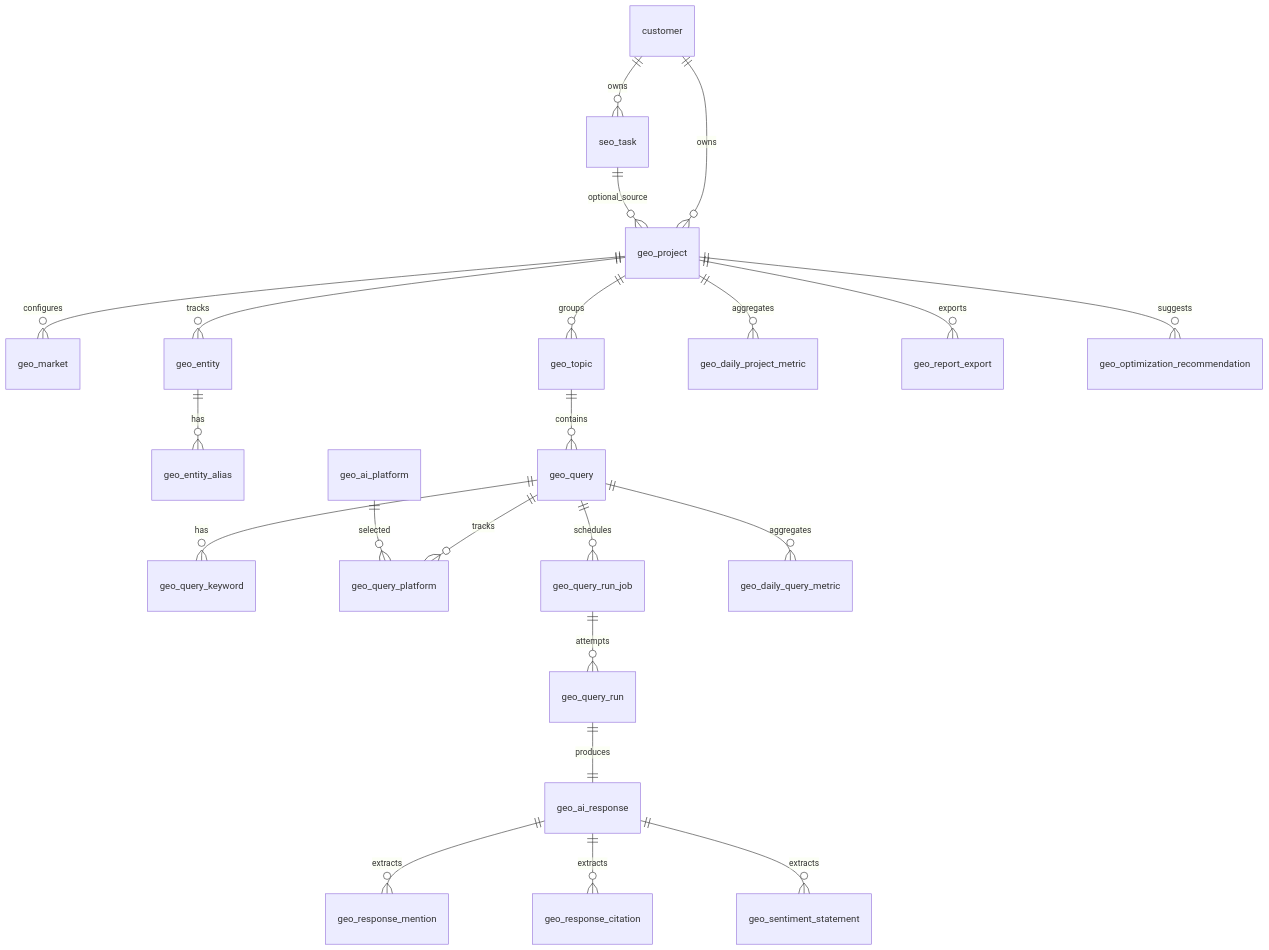
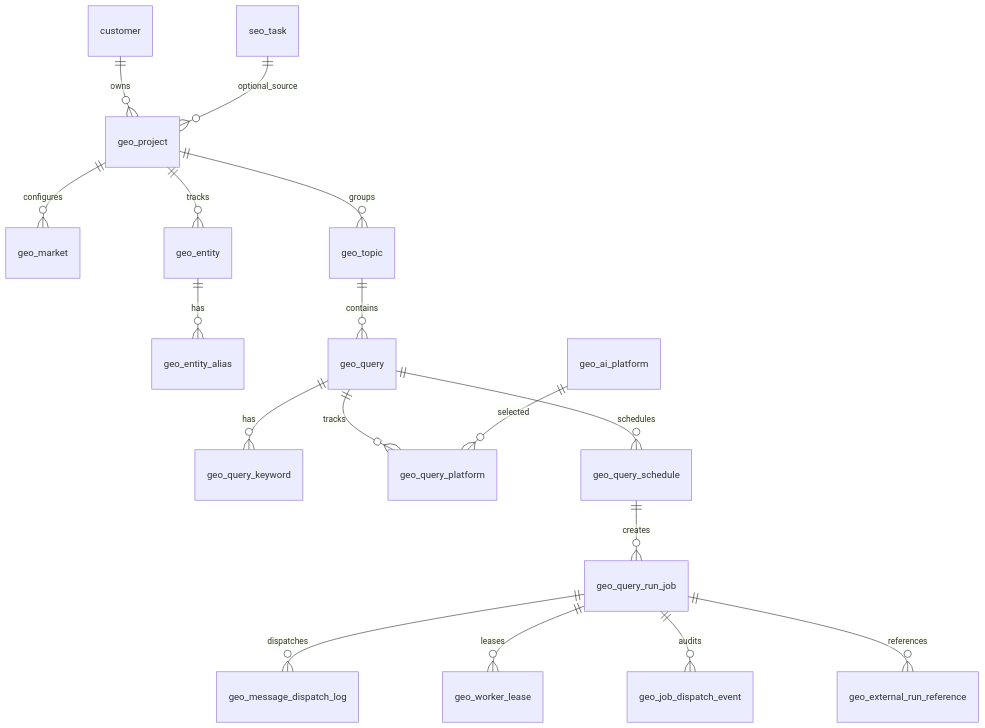
Before and after one commit to woola168/seo: the diagram in docs/database/geo-analysis-schema.md, drawn with Mermaid. The commit also changed other lines of this file and 51 other files, not shown here.

````diff
--- a/docs/database/geo-analysis-schema.md
+++ b/docs/database/geo-analysis-schema.md
@@ -31,28 +72,21 @@
 ```mermaid
 erDiagram
-    customer ||--o{ seo_task : owns
     customer ||--o{ geo_project : owns
     seo_task ||--o{ geo_project : optional_source
 
     geo_project ||--o{ geo_market : configures
     geo_project ||--o{ geo_entity : tracks
     geo_entity ||--o{ geo_entity_alias : has
     geo_project ||--o{ geo_topic : groups
     geo_topic ||--o{ geo_query : contains
     geo_query ||--o{ geo_query_keyword : has
     geo_query ||--o{ geo_query_platform : tracks
     geo_ai_platform ||--o{ geo_query_platform : selected
+    geo_query ||--o{ geo_query_schedule : schedules
 
-    geo_query ||--o{ geo_query_run_job : schedules
-    geo_query_run_job ||--o{ geo_query_run : attempts
-    geo_query_run ||--|| geo_ai_response : produces
-
-    geo_ai_response ||--o{ geo_response_mention : extracts
-    geo_ai_response ||--o{ geo_response_citation : extracts
-    geo_ai_response ||--o{ geo_sentiment_statement : extracts
-
-    geo_query ||--o{ geo_daily_query_metric : aggregates
-    geo_project ||--o{ geo_daily_project_metric : aggregates
-    geo_project ||--o{ geo_report_export : exports
-    geo_project ||--o{ geo_optimization_recommendation : suggests
+    geo_query_schedule ||--o{ geo_query_run_job : creates
+    geo_query_run_job ||--o{ geo_message_dispatch_log : dispatches
+    geo_query_run_job ||--o{ geo_worker_lease : leases
+    geo_query_run_job ||--o{ geo_job_dispatch_event : audits
+    geo_query_run_job ||--o{ geo_external_run_reference : references
 ```
````
